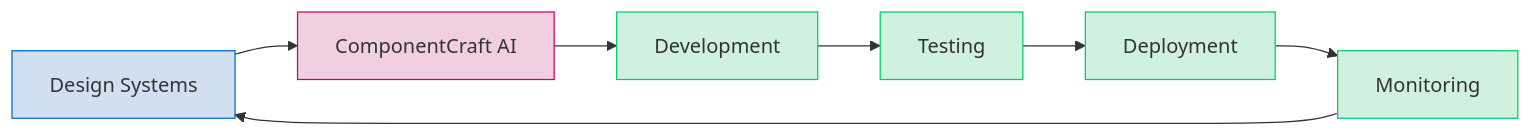
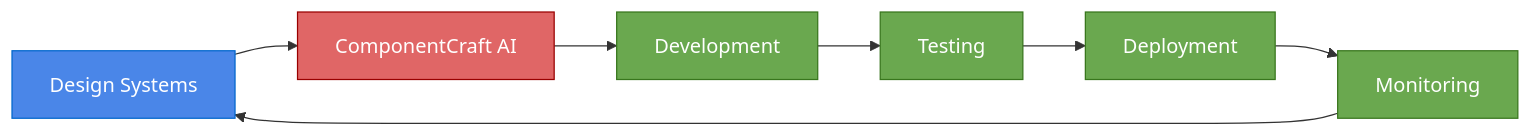
Before and after one commit to hungmanhdo/componentcraft_ai: diagram 19 of 27 in advance.md, drawn with Mermaid. The commit also changed other lines of this file and 1 other file, not shown here.

Commit message:
Update style of charts

````diff
--- a/advance.md
+++ b/advance.md
@@ -694,16 +694,16 @@
 ```mermaid
 graph LR
     A[Design Systems] --> B[ComponentCraft AI]
     B --> C[Development]
     C --> D[Testing]
     D --> E[Deployment]
     E --> F[Monitoring]
     F --> A
 
-    style A fill:#d0e0f0,stroke:#0066cc
-    style B fill:#f0d0e0,stroke:#cc0066
-    style C fill:#d0f0e0,stroke:#00cc66
-    style D fill:#d0f0e0,stroke:#00cc66
-    style E fill:#d0f0e0,stroke:#00cc66
-    style F fill:#d0f0e0,stroke:#00cc66
+    style A fill:#4a86e8,stroke:#0066cc,color:#ffffff
+    style B fill:#e06666,stroke:#990000,color:#ffffff
+    style C fill:#6aa84f,stroke:#38761d,color:#ffffff
+    style D fill:#6aa84f,stroke:#38761d,color:#ffffff
+    style E fill:#6aa84f,stroke:#38761d,color:#ffffff
+    style F fill:#6aa84f,stroke:#38761d,color:#ffffff
 ```
````
